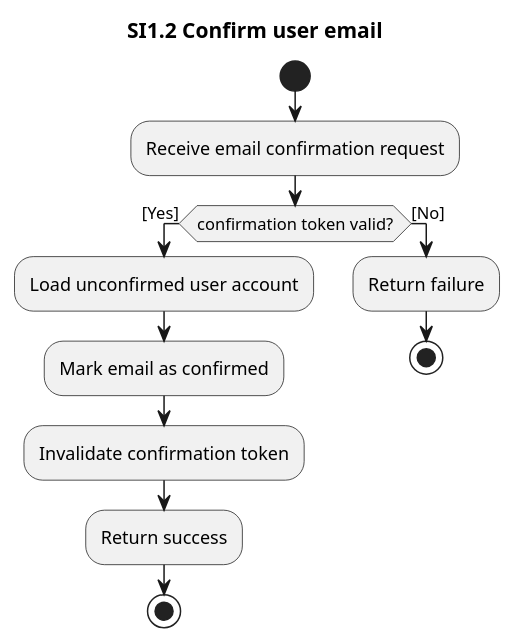
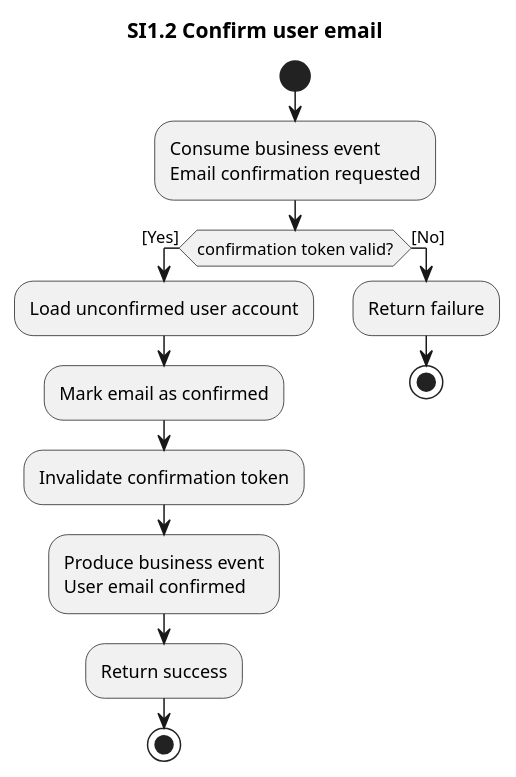
One commit to ottolote/fixme changed the diagram in docs/system-interactions/si1.2-confirm-user-email.pu. Above: the diagram before and after it, drawn with PlantUML. The commit also changed 33 other files, not shown here.

```diff
--- a/docs/system-interactions/si1.2-confirm-user-email.pu
+++ b/docs/system-interactions/si1.2-confirm-user-email.pu
@@ -1,18 +1,21 @@
 @startuml si1.2-confirm-user-email
 title SI1.2 Confirm user email
 
 start
-:Receive email confirmation request;
+:Consume business event
+Email confirmation requested;
 
 if (confirmation token valid?) then ([Yes])
   :Load unconfirmed user account;
   :Mark email as confirmed;
   :Invalidate confirmation token;
+  :Produce business event
+User email confirmed;
   :Return success;
   stop
 else ([No])
   :Return failure;
   stop
 endif
 
 @enduml
```
